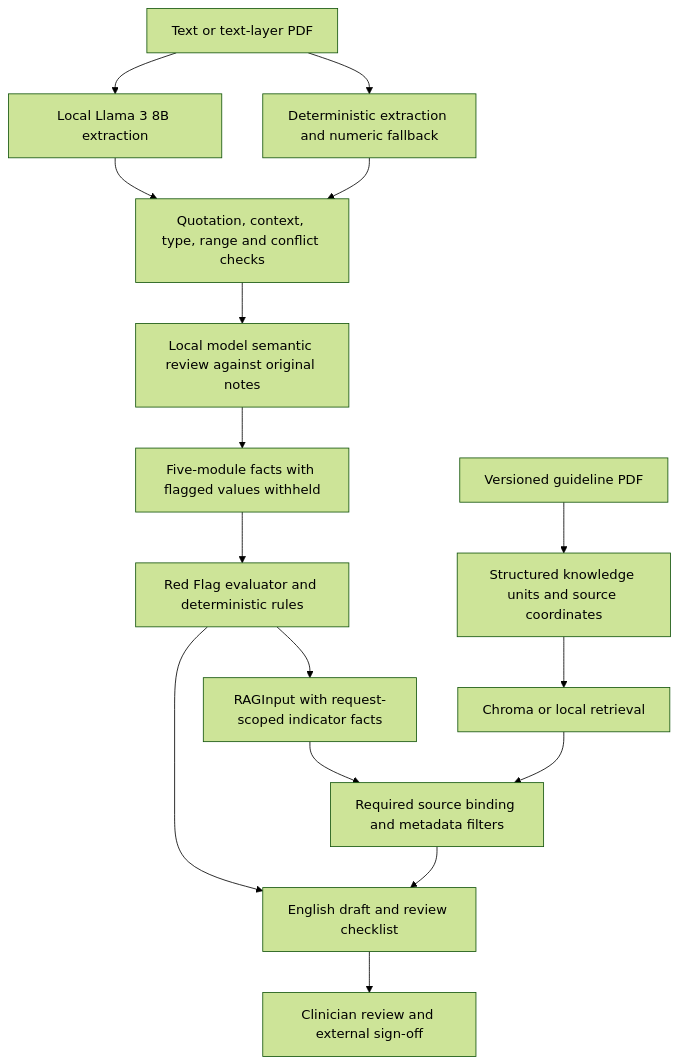
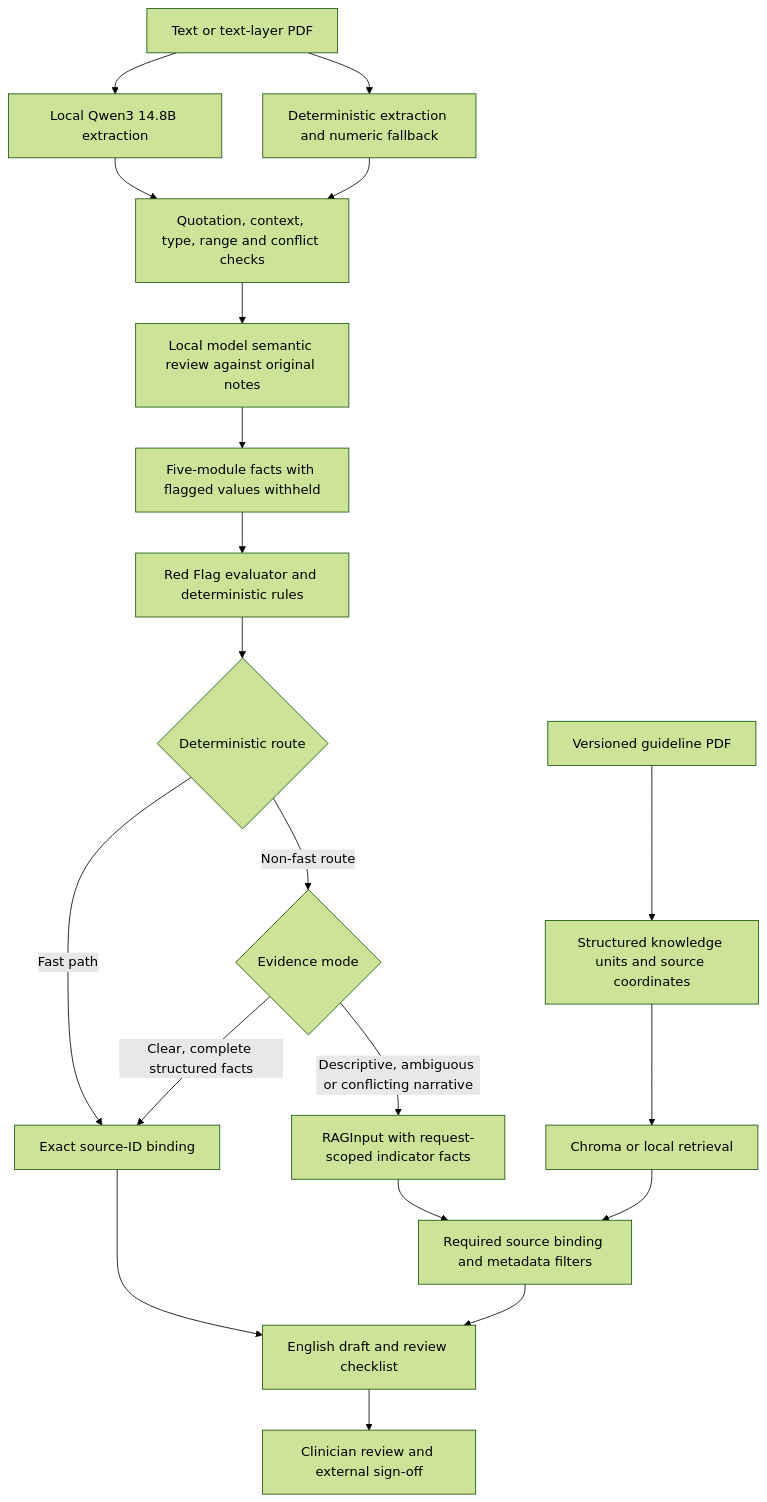
One commit to Zicheng-Xie/Occupational-Fitness-Platform changed the diagram in docs/architecture.md. Above: the diagram before and after it, drawn with Mermaid (forest theme). The commit also changed other lines of this file and 30 other files, not shown here.

````diff
--- a/docs/architecture.md
+++ b/docs/architecture.md
@@ -5,18 +5,23 @@
 ```mermaid
 flowchart TD
-  A[Text or text-layer PDF] --> B[Local Llama 3 8B extraction]
+  A[Text or text-layer PDF] --> B[Local Qwen3 14.8B extraction]
   A --> C[Deterministic extraction and numeric fallback]
   B --> D[Quotation, context, type, range and conflict checks]
   C --> D
   D --> R[Local model semantic review against original notes]
   R --> E[Five-module facts with flagged values withheld]
   E --> F[Red Flag evaluator and deterministic rules]
-  F --> Q[RAGInput with request-scoped indicator facts]
+  F --> Q{Deterministic route}
+  Q -->|Fast path| XS
+  Q -->|Non-fast route| EM{Evidence mode}
+  EM -->|Clear, complete structured facts| XS[Exact source-ID binding]
+  EM -->|Descriptive, ambiguous or conflicting narrative| RI[RAGInput with request-scoped indicator facts]
   G[Versioned guideline PDF] --> H[Structured knowledge units and source coordinates]
   H --> I[Chroma or local retrieval]
-  Q --> J[Required source binding and metadata filters]
+  RI --> J[Required source binding and metadata filters]
   I --> J
-  F --> K[English draft and review checklist]
+  XS --> K
   J --> K
+  K[English draft and review checklist]
   K --> L[Clinician review and external sign-off]
 ```
````
